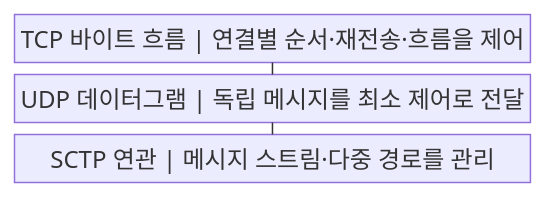
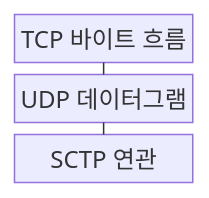
Before and after one commit to agnusdei1207/knowledge-base: the first of 2 diagrams in src/content/docs/notes/04-network/025_tcp_udp_sctp_comparison.md, drawn with Mermaid. The commit also changed other lines of this file and 122 other files, not shown here.

````diff
--- a/src/content/docs/notes/04-network/025_tcp_udp_sctp_comparison.md
+++ b/src/content/docs/notes/04-network/025_tcp_udp_sctp_comparison.md
@@ -57,9 +57,9 @@
 ```mermaid
-block
+block-beta
     columns 1
-    A["TCP 바이트 흐름 | 연결별 순서·재전송·흐름을 제어"]
-    B["UDP 데이터그램 | 독립 메시지를 최소 제어로 전달"]
-    C["SCTP 연관 | 메시지 스트림·다중 경로를 관리"]
+    A["TCP 바이트 흐름"]
+    B["UDP 데이터그램"]
+    C["SCTP 연관"]
     A --- B
     B --- C
 ```
````
